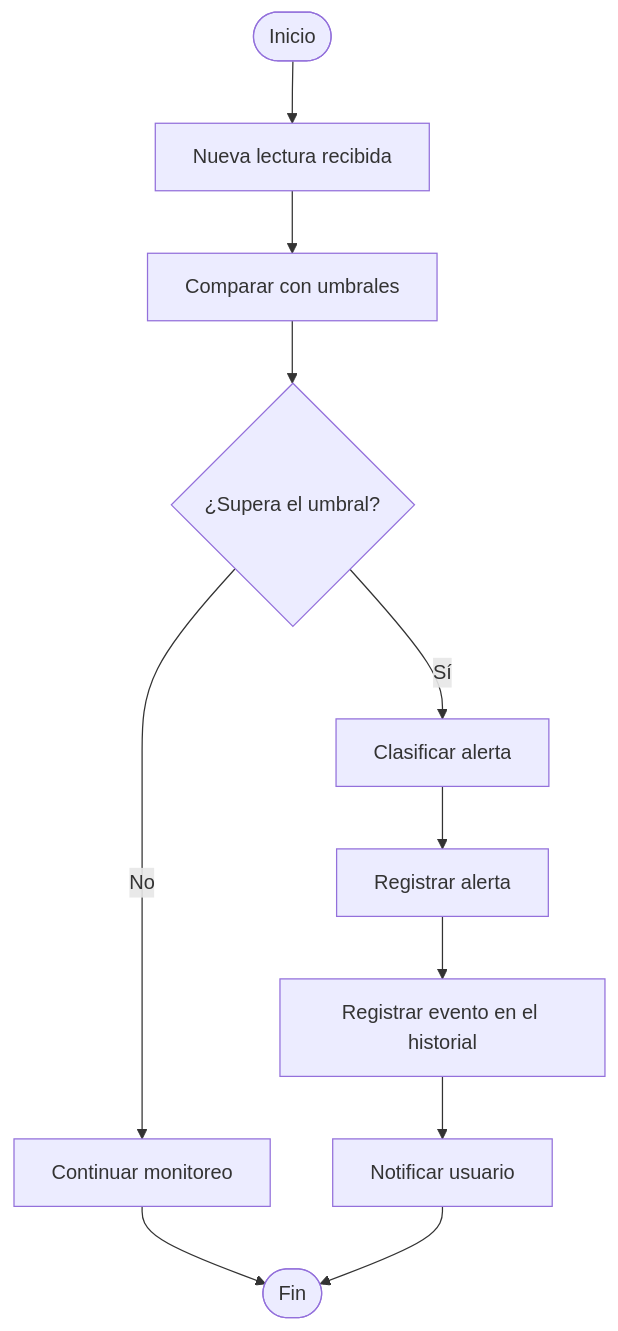
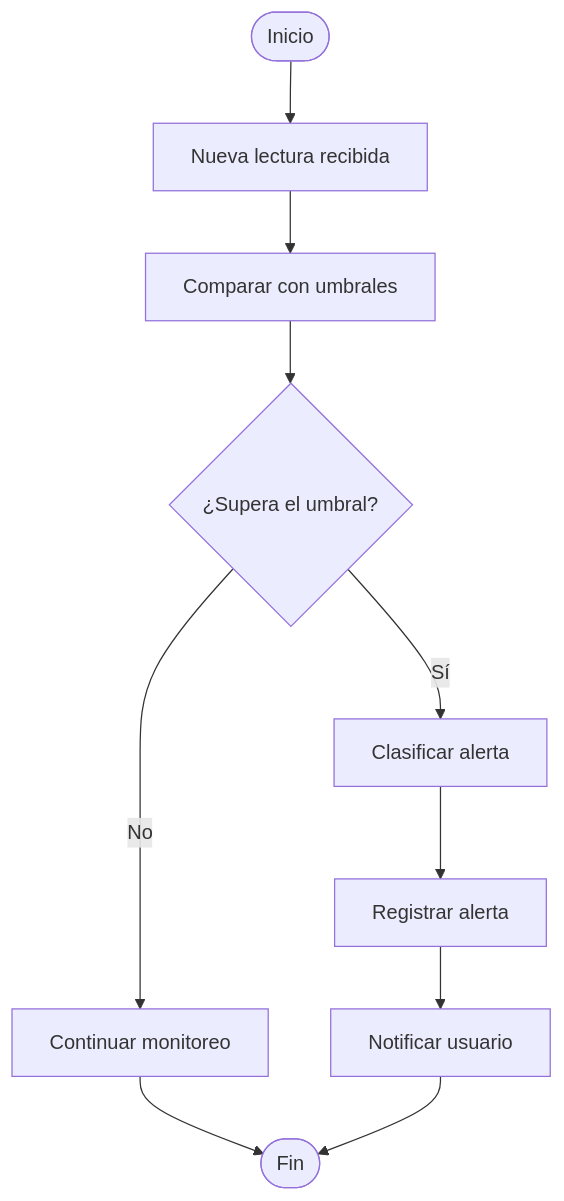
Before and after one commit to acifuinaMar/ClimGuard: the sixth of 8 diagrams in docs/DOC-07-Diagramas de Actividades.md, drawn with Mermaid. The commit also changed other lines of this file and 15 other files, not shown here.

````diff
--- a/docs/DOC-07-Diagramas de Actividades.md
+++ b/docs/DOC-07-Diagramas de Actividades.md
@@ -295,36 +245,33 @@
 ```mermaid
 flowchart TD
 
 A([Inicio])
 
 B[Nueva lectura recibida]
 
 C[Comparar con umbrales]
 
 D{¿Supera el umbral?}
 
 E[Continuar monitoreo]
 
 F[Clasificar alerta]
 
 G[Registrar alerta]
 
-H[Registrar evento en el historial]
-
 I[Notificar usuario]
 
 J([Fin])
 
 A --> B
 B --> C
 C --> D
 
 D -- No --> E
 E --> J
 
 D -- Sí --> F
 F --> G
-G --> H
-H --> I
+G --> I
 I --> J
 ```
````
